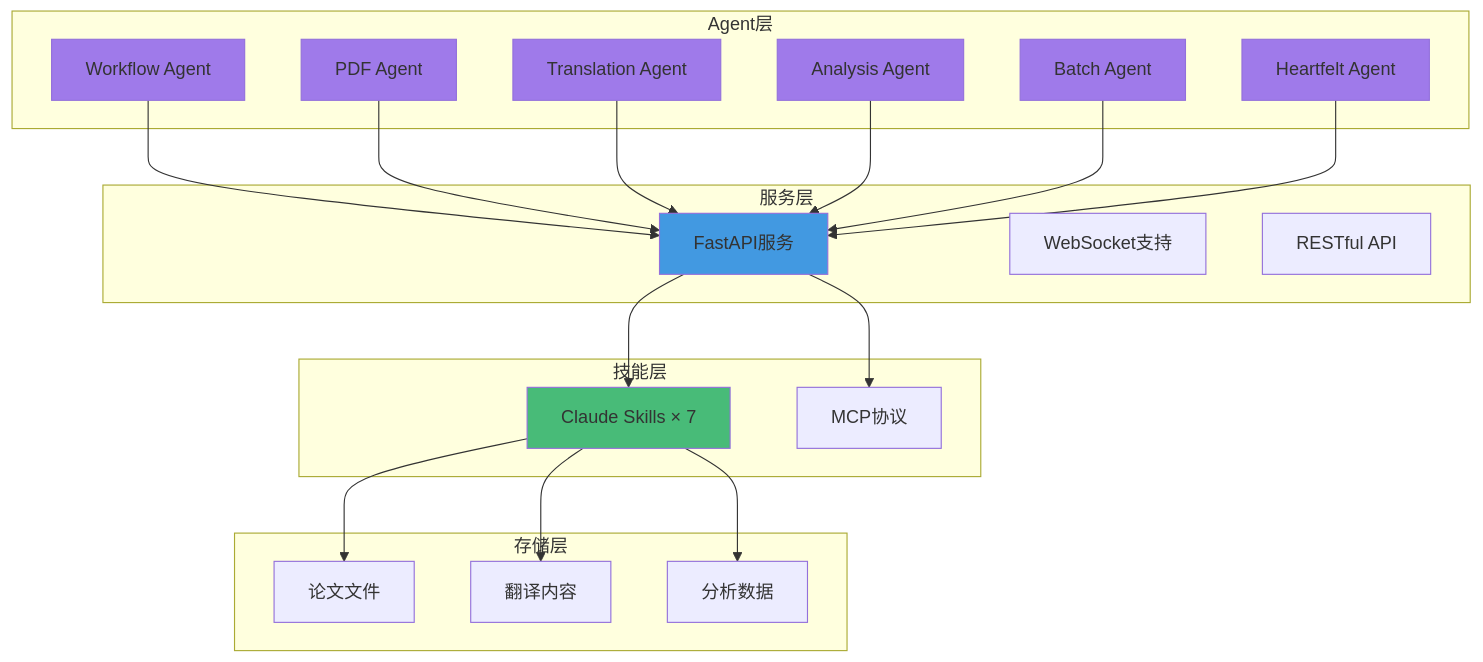
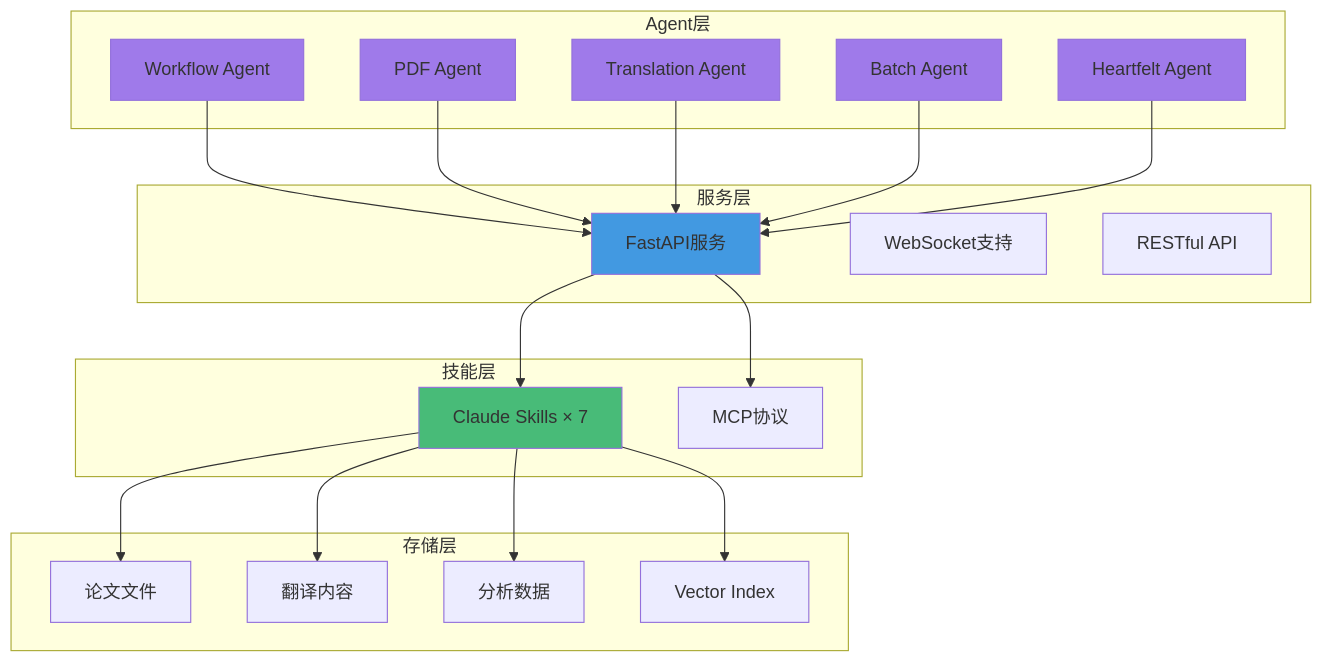
One commit to ThreeFish-AI/agentic-ai-cognizes changed the second of 6 diagrams in docs/000-roadmap.md. Above: the diagram before and after it, drawn with Mermaid. The commit also changed other lines of this file and 1 other file, not shown here.

First line of the commit message:
docs(Documentation): 更新提示词和路线图文档;

````diff
--- a/docs/000-roadmap.md
+++ b/docs/000-roadmap.md
@@ -52,51 +53,51 @@
 ```mermaid
 graph TB
     subgraph "Agent层"
         A1[Workflow Agent]
         A2[PDF Agent]
         A3[Translation Agent]
-        A4[Analysis Agent]
-        A5[Batch Agent]
-        A6[Heartfelt Agent]
+        A4[Batch Agent]
+        A5[Heartfelt Agent]
     end
 
     subgraph "服务层"
         B1[FastAPI服务]
         B2[WebSocket支持]
         B3[RESTful API]
     end
 
     subgraph "技能层"
         C1[Claude Skills × 7]
         C2[MCP协议]
     end
 
     subgraph "存储层"
         D1[论文文件]
         D2[翻译内容]
         D3[分析数据]
+        D4[Vector Index]
     end
 
     A1 --> B1
     A2 --> B1
     A3 --> B1
     A4 --> B1
     A5 --> B1
-    A6 --> B1
 
     B1 --> C1
     B1 --> C2
 
     C1 --> D1
     C1 --> D2
     C1 --> D3
+    C1 --> D4
 
     style A1 fill:#9f7aea
     style A2 fill:#9f7aea
     style A3 fill:#9f7aea
     style A4 fill:#9f7aea
     style A5 fill:#9f7aea
-    style A6 fill:#9f7aea
+    style A5 fill:#9f7aea
     style B1 fill:#4299e1
     style C1 fill:#48bb78
 ```
````
